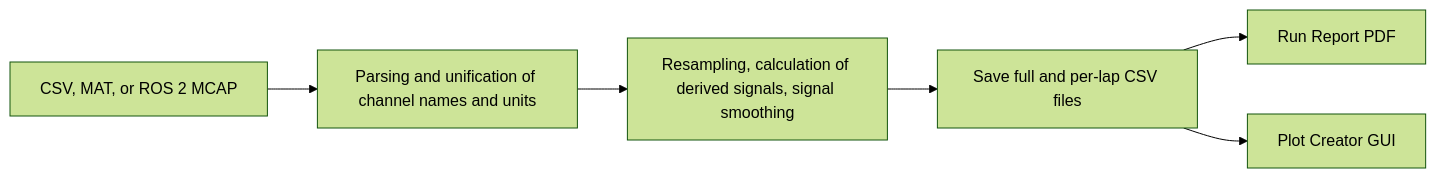
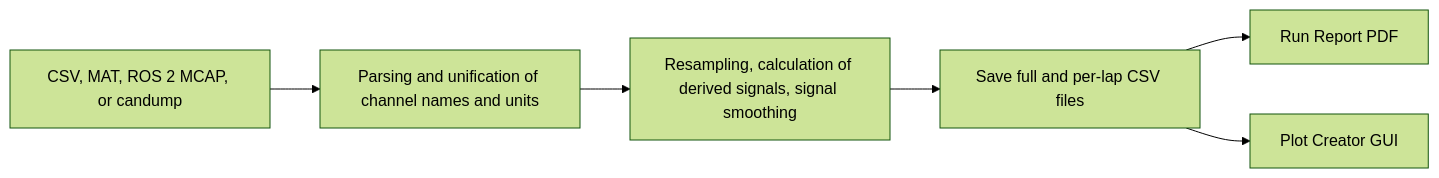
Before and after one commit to TUM-AVS/VehicleDynamicsPerformanceAnalysis: the diagram in README.md, drawn with Mermaid (forest theme). The commit also changed other lines of this file and 5 other files, not shown here.

````diff
--- a/README.md
+++ b/README.md
@@ -24,8 +24,8 @@
 ```mermaid
 flowchart LR
-    A[CSV, MAT, or ROS 2 MCAP] --> B[Parsing and unification of channel names and units]
+    A[CSV, MAT, ROS 2 MCAP, or candump] --> B[Parsing and unification of channel names and units]
     B --> C[Resampling, calculation of derived signals, signal smoothing]
     C --> E[Save full and per-lap CSV files]
     E --> F[Run Report PDF]
     E --> G[Plot Creator GUI]
 ```
````
